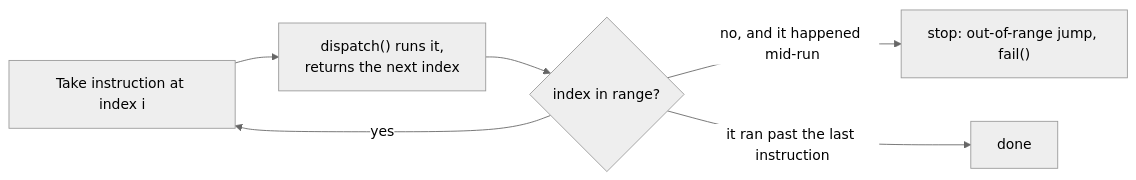
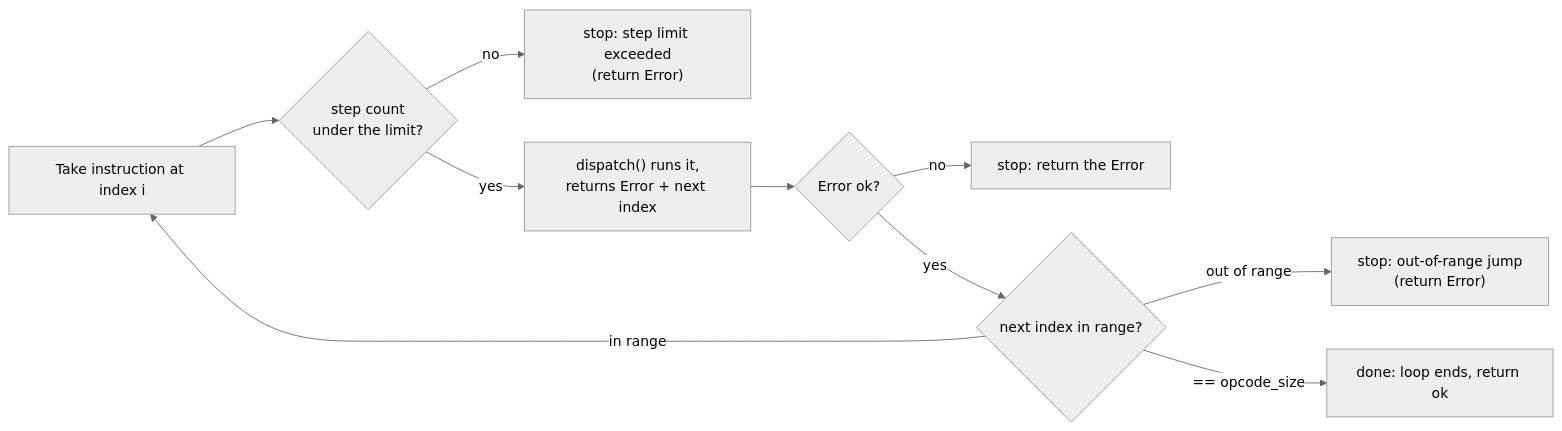
Before and after one commit to syedzohaibshah/MLIR-DSL-Compiler: the second of 4 diagrams in runtime/doc/bytecode-vm-project.md, drawn with Mermaid (neutral theme). The commit also changed other lines of this file and 109 other files, not shown here.

````diff
--- a/runtime/doc/bytecode-vm-project.md
+++ b/runtime/doc/bytecode-vm-project.md
@@ -167,8 +179,12 @@
 ```mermaid
 flowchart LR
-    A["Take instruction at index i"] --> B["dispatch() runs it,<br/>returns the next index"]
-    B --> C{"index in range?"}
-    C -->|yes| A
-    C -->|no, and it happened mid-run| D["stop: out-of-range jump, fail()"]
-    C -->|it ran past the last instruction| E["done"]
+    A["Take instruction at index i"] --> S{"step count<br/>under the limit?"}
+    S -->|no| L["stop: step limit exceeded<br/>(return Error)"]
+    S -->|yes| B["dispatch() runs it,<br/>returns Error + next index"]
+    B --> F{"Error ok?"}
+    F -->|no| G["stop: return the Error"]
+    F -->|yes| C{"next index in range?"}
+    C -->|out of range| D["stop: out-of-range jump<br/>(return Error)"]
+    C -->|== opcode_size| E["done: loop ends, return ok"]
+    C -->|in range| A
 ```
````
